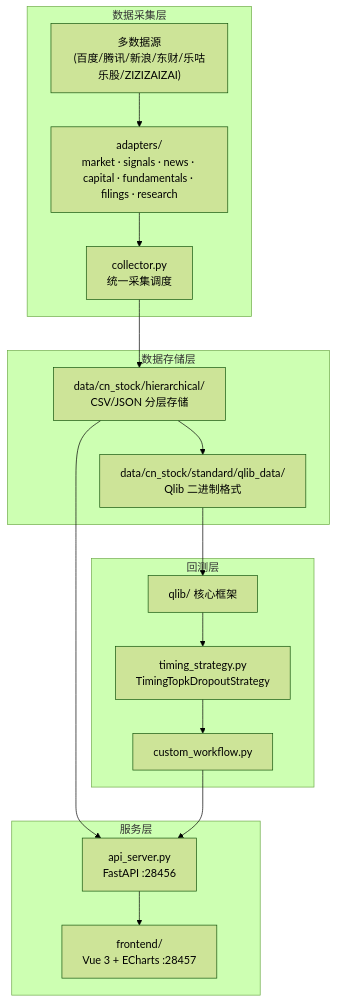
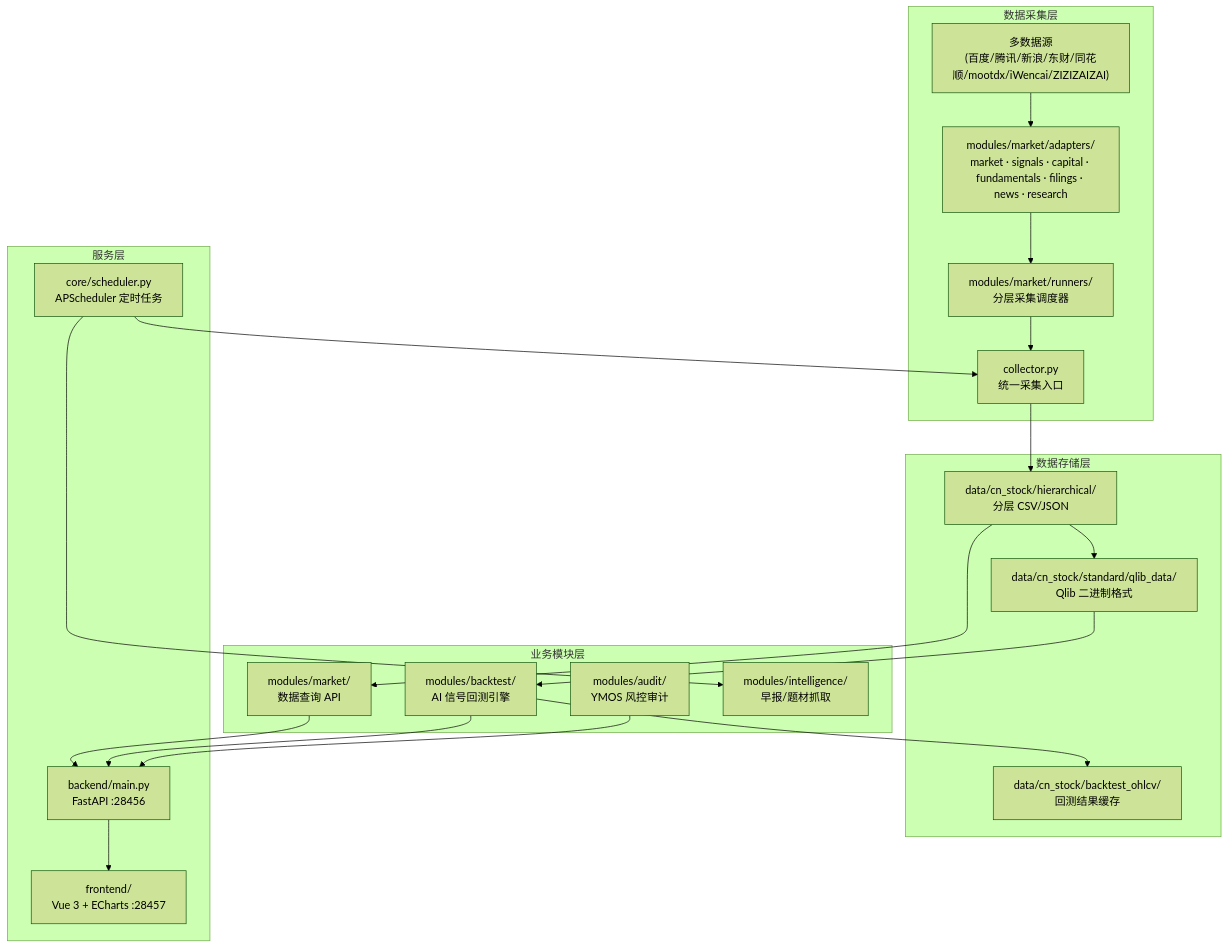
One commit to Waloncycler/qlib changed the diagram in ARCHITECTURE_INDEX.md. Above: the diagram before and after it, drawn with Mermaid (forest theme). The commit also changed other lines of this file and 25 other files, not shown here.

````diff
--- a/ARCHITECTURE_INDEX.md
+++ b/ARCHITECTURE_INDEX.md
@@ -7,30 +7,37 @@
 ```mermaid
 graph TD
     subgraph 数据采集层
-        Sources["多数据源<br/>(百度/腾讯/新浪/东财/乐咕乐股/ZIZIZAIZAI)"]
-        Adapters["adapters/<br/>market · signals · news · capital · fundamentals · filings · research"]
-        Collector["collector.py<br/>统一采集调度"]
+        Sources["多数据源<br/>(百度/腾讯/新浪/东财/同花顺/mootdx/iWencai/ZIZIZAIZAI)"]
+        Adapters["modules/market/adapters/<br/>market · signals · capital · fundamentals · filings · news · research"]
+        Runners["modules/market/runners/<br/>分层采集调度器"]
+        Collector["collector.py<br/>统一采集入口"]
     end
 
     subgraph 数据存储层
-        Hierarchical["data/cn_stock/hierarchical/<br/>CSV/JSON 分层存储"]
+        Hierarchical["data/cn_stock/hierarchical/<br/>分层 CSV/JSON"]
         QlibBin["data/cn_stock/standard/qlib_data/<br/>Qlib 二进制格式"]
+        BacktestCache["data/cn_stock/backtest_ohlcv/<br/>回测结果缓存"]
     end
 
     subgraph 服务层
-        API["api_server.py<br/>FastAPI :28456"]
+        API["backend/main.py<br/>FastAPI :28456"]
+        Scheduler["core/scheduler.py<br/>APScheduler 定时任务"]
         Frontend["frontend/<br/>Vue 3 + ECharts :28457"]
     end
 
-    subgraph 回测层
-        Workflow["custom_workflow.py"]
-        Strategy["timing_strategy.py<br/>TimingTopkDropoutStrategy"]
-        QlibCore["qlib/ 核心框架"]
+    subgraph 业务模块层
+        Market["modules/market/<br/>数据查询 API"]
+        Backtest["modules/backtest/<br/>AI 信号回测引擎"]
+        Audit["modules/audit/<br/>YMOS 风控审计"]
+        Intel["modules/intelligence/<br/>早报/题材抓取"]
     end
 
-    Sources --> Adapters --> Collector --> Hierarchical
-    Hierarchical --> API --> Frontend
-    Hierarchical --> QlibBin --> QlibCore
-    QlibCore --> Strategy --> Workflow
-    Workflow --> API
+    Sources --> Adapters --> Runners --> Collector --> Hierarchical
+    Hierarchical --> Market --> API --> Frontend
+    Hierarchical --> QlibBin
+    QlibBin --> Backtest --> BacktestCache
+    Backtest --> API
+    Scheduler --> Intel
+    Scheduler --> Collector
+    Audit --> API
 ```
````
